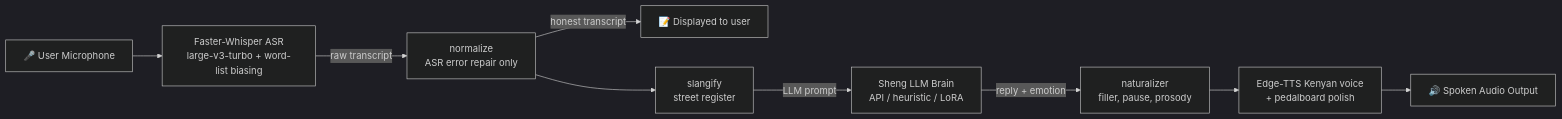
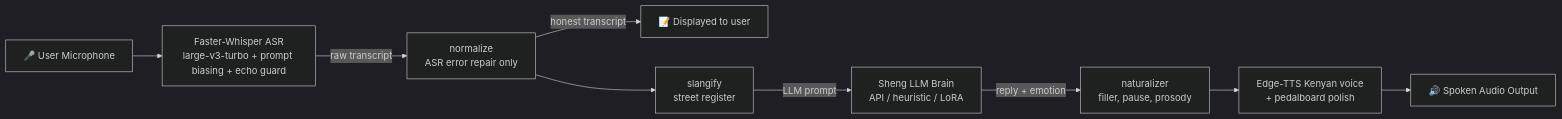
The diagram in README.md (NjugunaWilfred-01/Sheng-TTS-model), drawn with Mermaid (dark theme) before and after one commit. The commit also changed other lines of this file and 1 other file, not shown here.

````diff
--- a/README.md
+++ b/README.md
@@ -9,11 +9,11 @@
 ```mermaid
 flowchart LR
-    A[🎤 User Microphone] --> B[Faster-Whisper ASR<br/>large-v3-turbo + word-list biasing]
+    A[🎤 User Microphone] --> B[Faster-Whisper ASR<br/>large-v3-turbo + prompt biasing + echo guard]
     B -->|raw transcript| C[normalize<br/>ASR error repair only]
     C -->|honest transcript| G[📝 Displayed to user]
     C --> D[slangify<br/>street register]
     D -->|LLM prompt| E[Sheng LLM Brain<br/>API / heuristic / LoRA]
     E -->|reply + emotion| F[naturalizer<br/>filler, pause, prosody]
     F --> H[Edge-TTS Kenyan voice<br/>+ pedalboard polish]
     H --> I[🔊 Spoken Audio Output]
 ```
````
